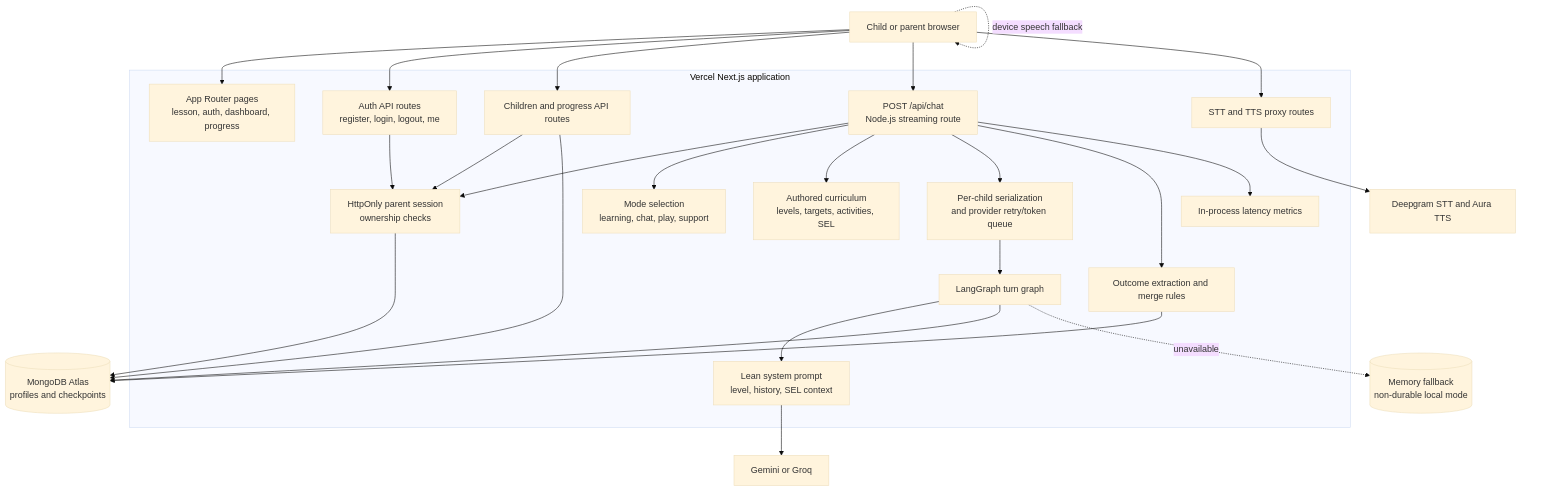
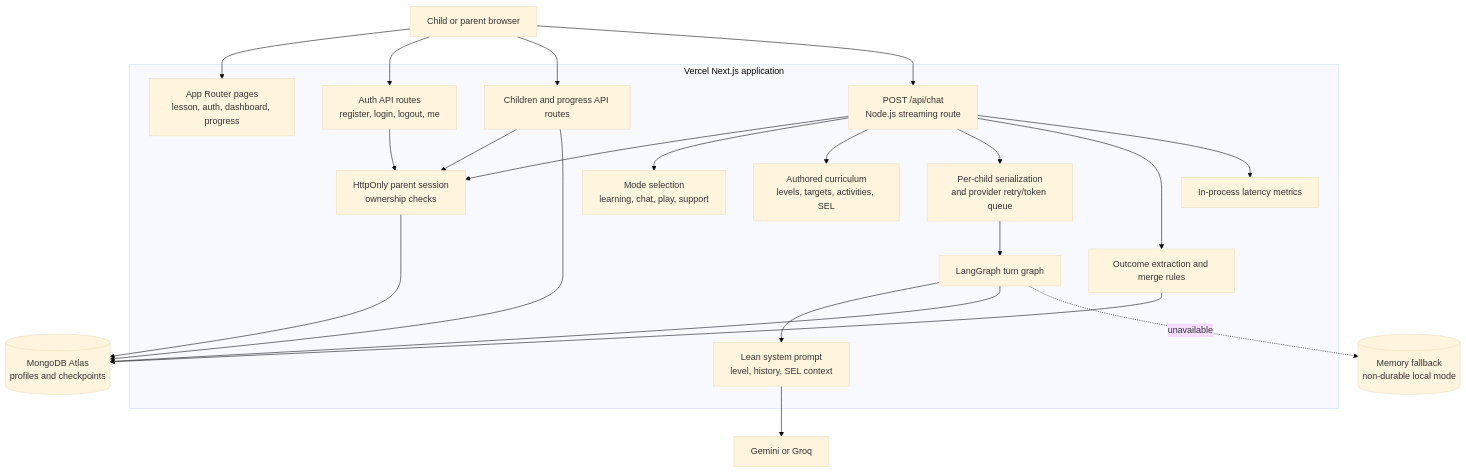
The diagram in docs/architecture.md (ustdtx/elt), drawn with Mermaid (base theme) before and after one commit. The commit also changed other lines of this file and 7 other files, not shown here.

````diff
--- a/docs/architecture.md
+++ b/docs/architecture.md
@@ -3,52 +3,47 @@
 ```mermaid
 flowchart TD
     Browser[Child or parent browser]
 
     subgraph Vercel[ Vercel Next.js application ]
         Pages[App Router pages<br/>lesson, auth, dashboard, progress]
         AuthAPI[Auth API routes<br/>register, login, logout, me]
         ChildAPI[Children and progress API routes]
         ChatAPI[POST /api/chat<br/>Node.js streaming route]
-        VoiceAPI[STT and TTS proxy routes]
         Auth[HttpOnly parent session<br/>ownership checks]
         Mode[Mode selection<br/>learning, chat, play, support]
         Curriculum[Authored curriculum<br/>levels, targets, activities, SEL]
         Graph[LangGraph turn graph]
         Prompt[Lean system prompt<br/>level, history, SEL context]
         Learn[Outcome extraction and merge rules]
         Queue[Per-child serialization<br/>and provider retry/token queue]
         Metrics[In-process latency metrics]
     end
 
     Mongo[(MongoDB Atlas<br/>profiles and checkpoints)]
     Memory[(Memory fallback<br/>non-durable local mode)]
     LLM[Gemini or Groq]
-    Deepgram[Deepgram STT and Aura TTS]
 
     Browser --> Pages
     Browser --> AuthAPI
     Browser --> ChildAPI
     Browser --> ChatAPI
-    Browser --> VoiceAPI
 
     AuthAPI --> Auth
     ChildAPI --> Auth
     ChatAPI --> Auth
     Auth --> Mongo
     ChildAPI --> Mongo
 
     ChatAPI --> Mode
     ChatAPI --> Curriculum
     ChatAPI --> Queue
     Queue --> Graph
     Graph --> Prompt
     Prompt --> LLM
     Graph --> Mongo
     Graph -. unavailable .-> Memory
     ChatAPI --> Learn
     Learn --> Mongo
     ChatAPI --> Metrics
 
-    VoiceAPI --> Deepgram
-    Browser -. device speech fallback .-> Browser
 ```
````
